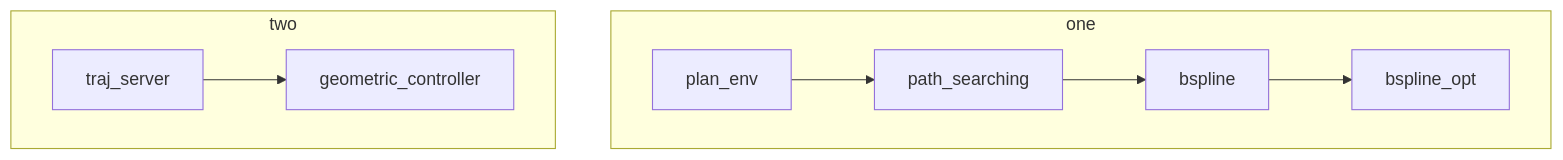
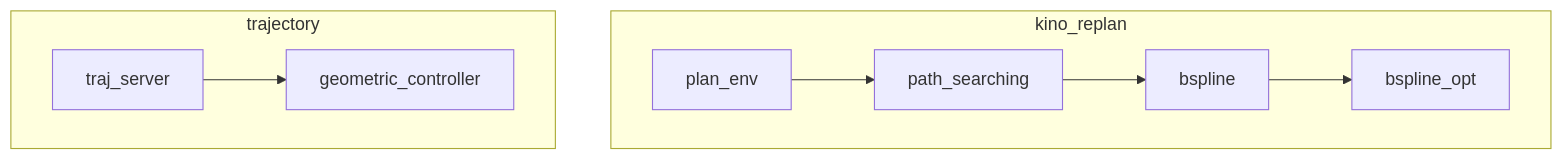
Before and after one commit to Dieptranivsr/drone_extend: the fourth of 5 diagrams in sp_code/system.md, drawn with Mermaid. The commit also changed other lines of this file, not shown here.

````diff
--- a/sp_code/system.md
+++ b/sp_code/system.md
@@ -42,11 +42,11 @@
 ```mermaid
 flowchart TB
-  subgraph one
+  subgraph kino_replan
     plan_env --> path_searching;
     path_searching --> bspline;
     bspline --> bspline_opt;
   end
-  subgraph two
+  subgraph trajectory
     traj_server --> geometric_controller;
   end
 ```
````
